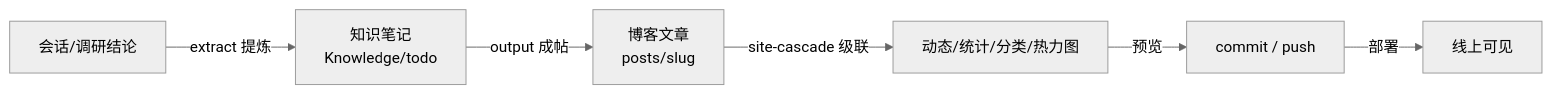
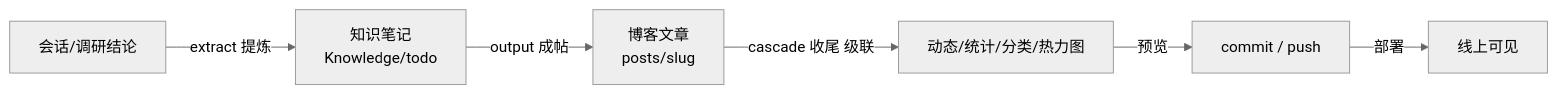
Before and after one commit to Aafff623/fork-Firefly: the fourth of 4 diagrams in src/content/posts/claude-code-handbook/index.md, drawn with Mermaid (neutral theme). The commit also changed other lines of this file and 4 other files, not shown here.

````diff
--- a/src/content/posts/claude-code-handbook/index.md
+++ b/src/content/posts/claude-code-handbook/index.md
@@ -1862,8 +1862,8 @@
 ```mermaid
 flowchart LR
     S[会话/调研结论] -->|extract 提炼| N[知识笔记<br>Knowledge/todo]
     N -->|output 成帖| P[博客文章<br>posts/slug]
-    P -->|site-cascade 级联| D[动态/统计/分类/热力图]
+    P -->|cascade 收尾 级联| D[动态/统计/分类/热力图]
     D -->|预览| C[commit / push]
     C -->|部署| O[线上可见]
 ```
````
